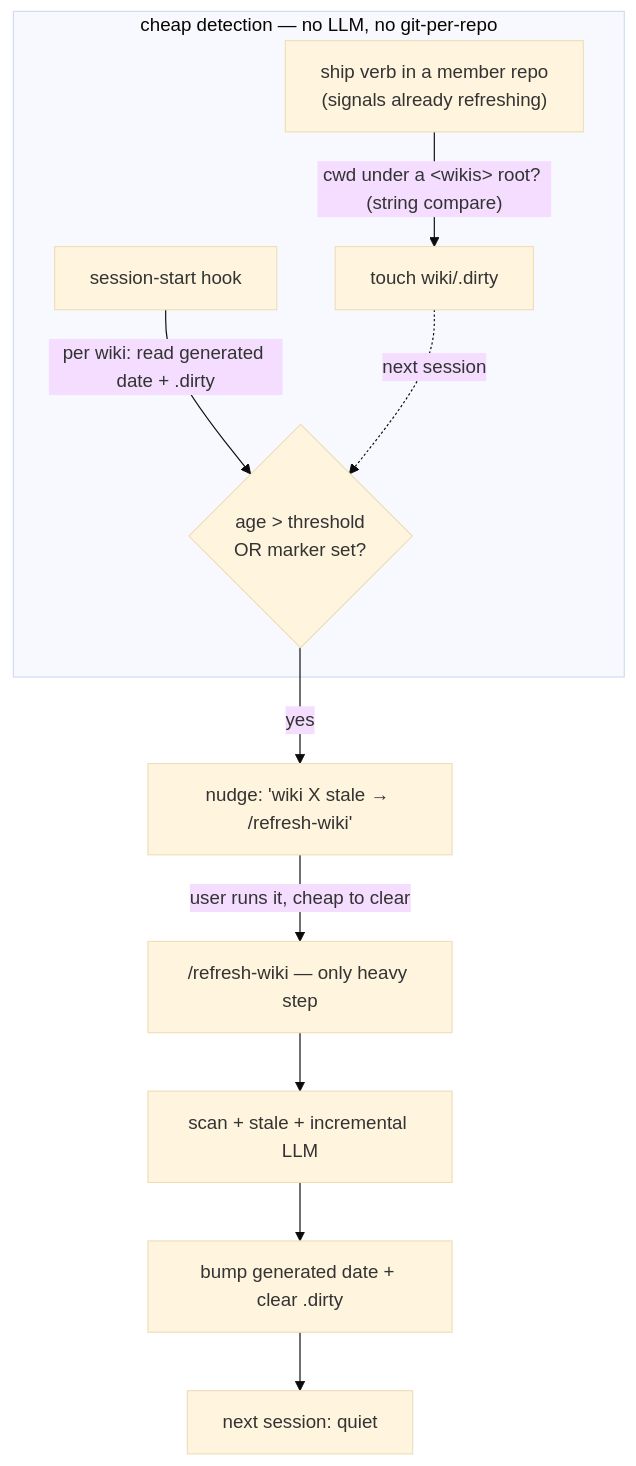
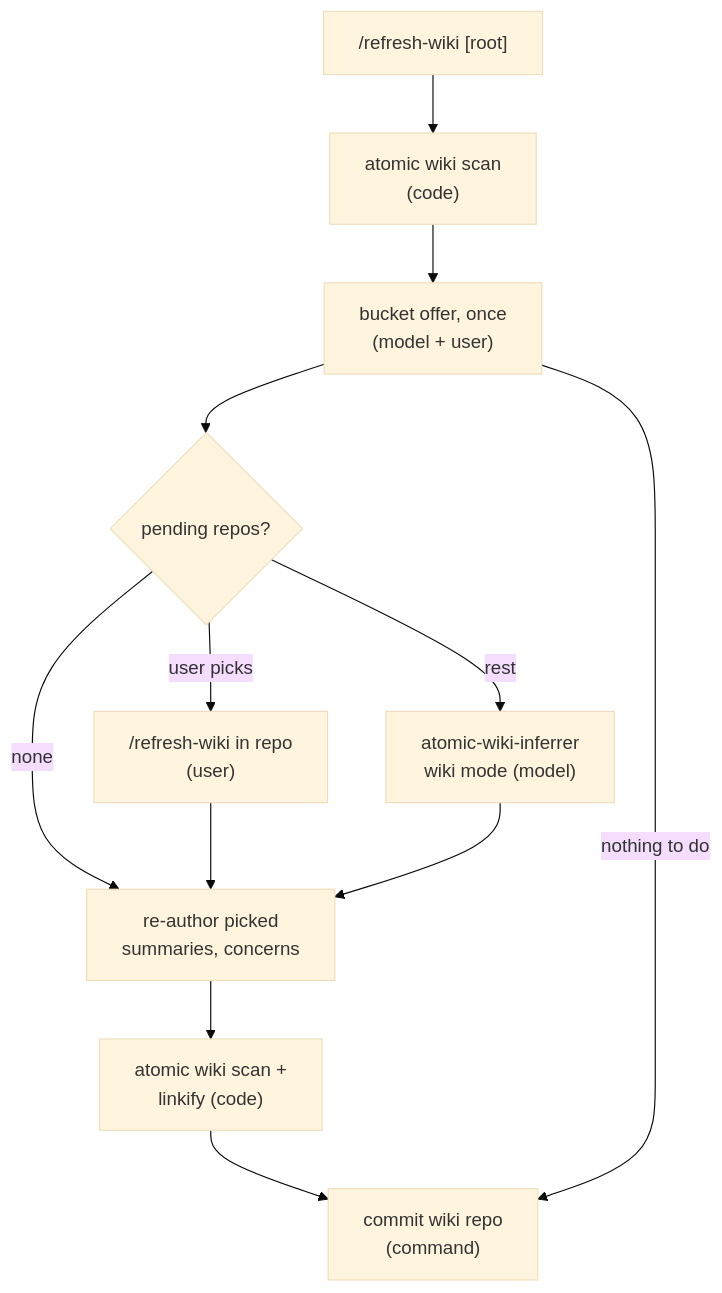
One commit to damusix/atomic-claude changed the third of 3 diagrams in docs/design/wiki.md. Above: the diagram before and after it, drawn with Mermaid (base theme). The commit also changed other lines of this file and 11 other files, not shown here.

Commit message:
docs(wiki): bring wiki design docs up to date

````diff
--- a/docs/design/wiki.md
+++ b/docs/design/wiki.md
@@ -127,13 +113,14 @@
 ```mermaid
 flowchart TD
-    subgraph cheap["cheap detection — no LLM, no git-per-repo"]
-        SV["ship verb in a member repo<br/>(signals already refreshing)"] -->|"cwd under a &lt;wikis&gt; root? (string compare)"| DM["touch wiki/.dirty"]
-        SH["session-start hook"] -->|"per wiki: read generated date + .dirty"| N{"age > threshold<br/>OR marker set?"}
-    end
-    DM -.->|next session| N
-    N -->|yes| NUDGE["nudge: 'wiki X stale → /refresh-wiki'"]
-    NUDGE -->|user runs it, cheap to clear| RW["/refresh-wiki — only heavy step"]
-    RW --> HEAL["scan + stale + incremental LLM"]
-    HEAL --> CLR["bump generated date + clear .dirty"]
-    CLR --> QUIET["next session: quiet"]
+    RW["/refresh-wiki [root]"] --> SCAN["atomic wiki scan<br/>(code)"]
+    SCAN --> OFFER["bucket offer, once<br/>(model + user)"]
+    OFFER --> P{"pending repos?"}
+    P -->|"user picks"| REPO["/refresh-wiki in repo<br/>(user)"]
+    P -->|rest| INF["atomic-wiki-inferrer<br/>wiki mode (model)"]
+    P -->|none| SEL["re-author picked<br/>summaries, concerns"]
+    REPO --> SEL
+    INF --> SEL
+    SEL --> CLOSE["atomic wiki scan +<br/>linkify (code)"]
+    CLOSE --> COMMIT["commit wiki repo<br/>(command)"]
+    OFFER -->|"nothing to do"| COMMIT
 ```
````
